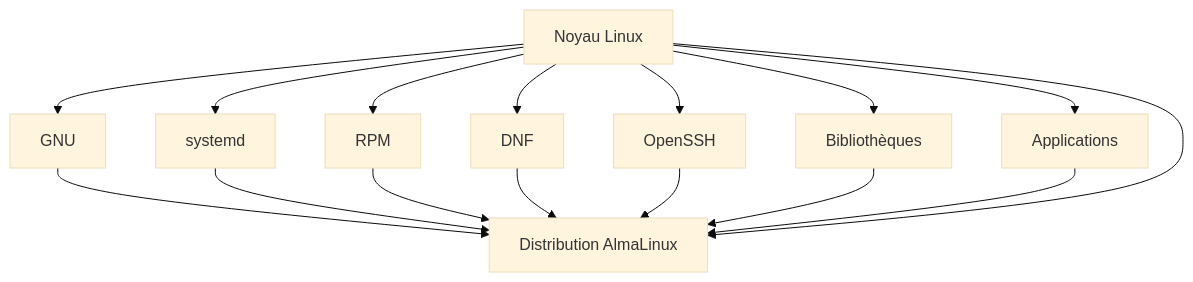
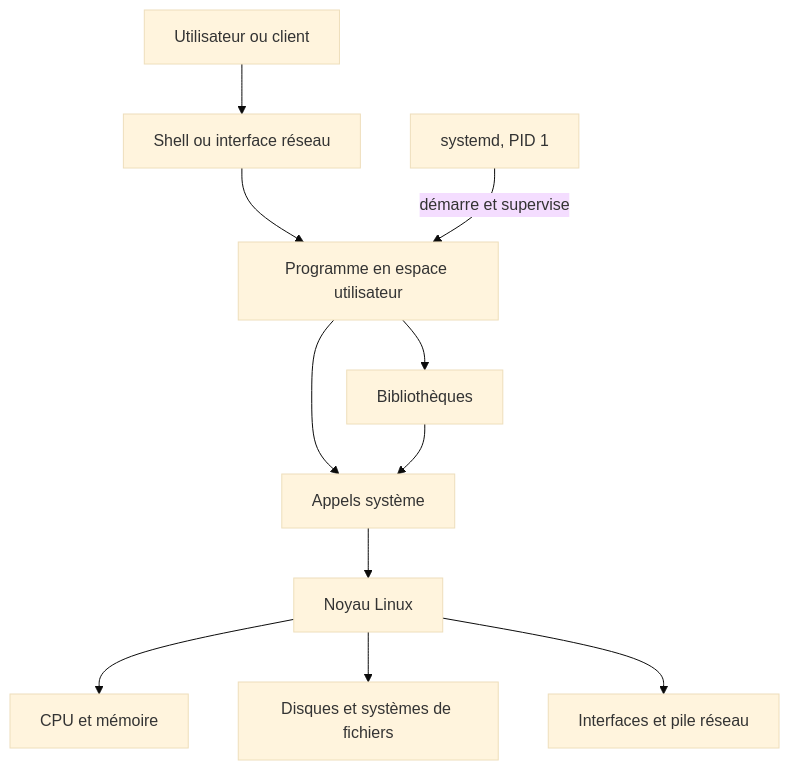
One commit to tdelaclos/formations changed the first of 4 diagrams in campagne 1/1.3-composants-systeme-linux.md. Above: the diagram before and after it, drawn with Mermaid (base theme). The commit also changed other lines of this file and 10 other files, not shown here.

````diff
--- a/campagne 1/1.3-composants-systeme-linux.md
+++ b/campagne 1/1.3-composants-systeme-linux.md
@@ -965,28 +44,13 @@
 ```mermaid
-flowchart TD
-
-A["Noyau Linux"]
-
-A --> B["GNU"]
-
-A --> C["systemd"]
-
-A --> D["RPM"]
-
-A --> E["DNF"]
-
-A --> F["OpenSSH"]
-
-A --> G["Bibliothèques"]
-
-A --> H["Applications"]
-
-B --> I["Distribution AlmaLinux"]
-C --> I
-D --> I
-E --> I
-F --> I
-G --> I
-H --> I
-A --> I
+flowchart TB
+    User["Utilisateur ou client"] --> Shell["Shell ou interface réseau"]
+    Shell --> Program["Programme en espace utilisateur"]
+    Program --> Lib["Bibliothèques"]
+    Program --> Syscall["Appels système"]
+    Lib --> Syscall
+    Syscall --> Kernel["Noyau Linux"]
+    Kernel --> CPU["CPU et mémoire"]
+    Kernel --> Disk["Disques et systèmes de fichiers"]
+    Kernel --> Net["Interfaces et pile réseau"]
+    Systemd["systemd, PID 1"] -->|démarre et supervise| Program
 ```
````
